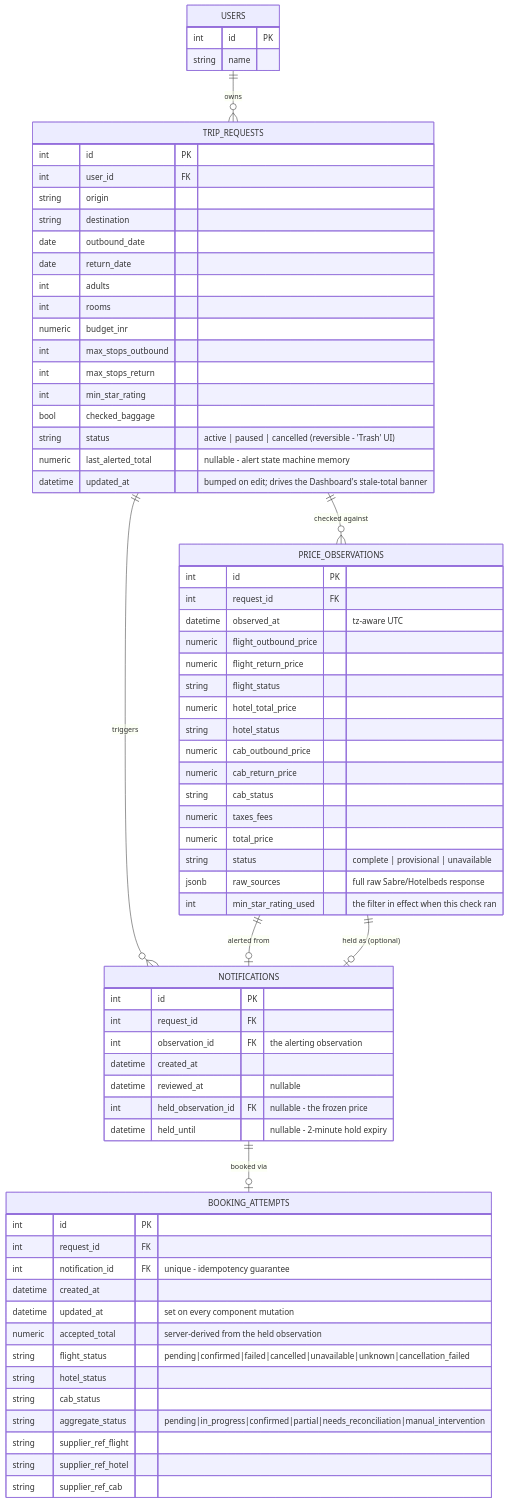
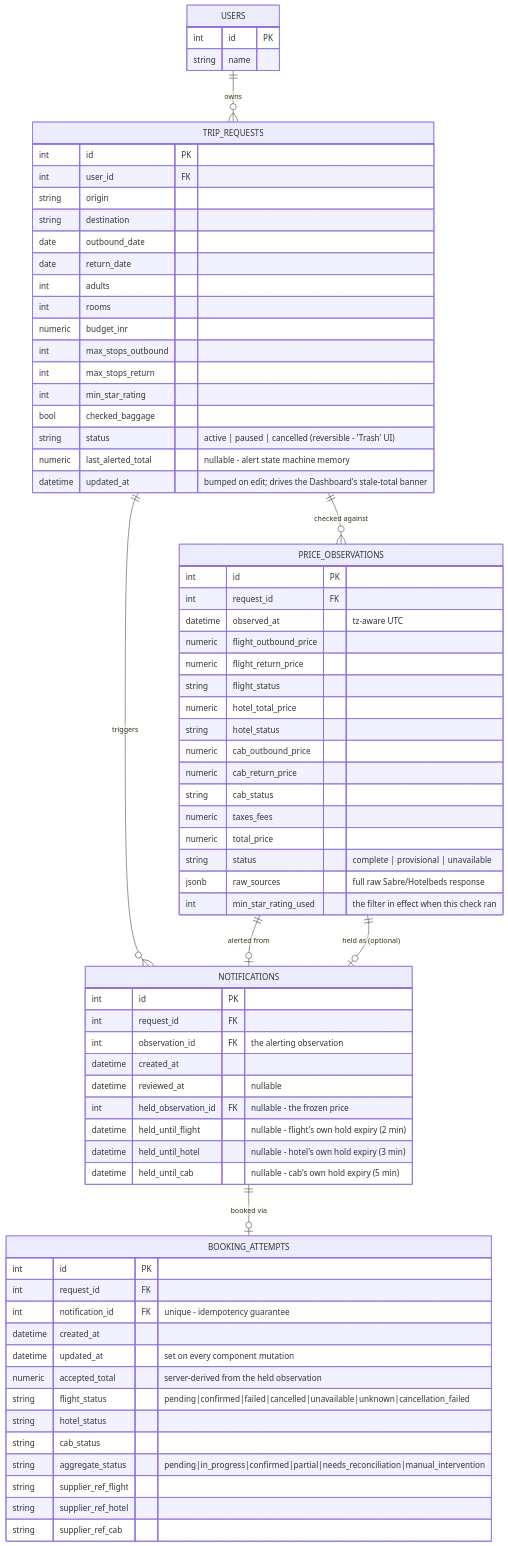
One commit to abhinavsingh-official/tavora-trip-watch changed the second of 3 diagrams in docs/HOW_IT_WORKS.md. Above: the diagram before and after it, drawn with Mermaid. The commit also changed other lines of this file and 5 other files, not shown here.

````diff
--- a/docs/HOW_IT_WORKS.md
+++ b/docs/HOW_IT_WORKS.md
@@ -40,74 +40,76 @@
 ```mermaid
 erDiagram
     USERS ||--o{ TRIP_REQUESTS : owns
     TRIP_REQUESTS ||--o{ PRICE_OBSERVATIONS : "checked against"
     TRIP_REQUESTS ||--o{ NOTIFICATIONS : triggers
     PRICE_OBSERVATIONS ||--o| NOTIFICATIONS : "alerted from"
     PRICE_OBSERVATIONS ||--o| NOTIFICATIONS : "held as (optional)"
     NOTIFICATIONS ||--o| BOOKING_ATTEMPTS : "booked via"
 
     USERS {
         int id PK
         string name
     }
     TRIP_REQUESTS {
         int id PK
         int user_id FK
         string origin
         string destination
         date outbound_date
         date return_date
         int adults
         int rooms
         numeric budget_inr
         int max_stops_outbound
         int max_stops_return
         int min_star_rating
         bool checked_baggage
         string status "active | paused | cancelled (reversible - 'Trash' UI)"
         numeric last_alerted_total "nullable - alert state machine memory"
         datetime updated_at "bumped on edit; drives the Dashboard's stale-total banner"
     }
     PRICE_OBSERVATIONS {
         int id PK
         int request_id FK
         datetime observed_at "tz-aware UTC"
         numeric flight_outbound_price
         numeric flight_return_price
         string flight_status
         numeric hotel_total_price
         string hotel_status
         numeric cab_outbound_price
         numeric cab_return_price
         string cab_status
         numeric taxes_fees
         numeric total_price
         string status "complete | provisional | unavailable"
         jsonb raw_sources "full raw Sabre/Hotelbeds response"
         int min_star_rating_used "the filter in effect when this check ran"
     }
     NOTIFICATIONS {
         int id PK
         int request_id FK
         int observation_id FK "the alerting observation"
         datetime created_at
         datetime reviewed_at "nullable"
         int held_observation_id FK "nullable - the frozen price"
-        datetime held_until "nullable - 2-minute hold expiry"
+        datetime held_until_flight "nullable - flight's own hold expiry (2 min)"
+        datetime held_until_hotel "nullable - hotel's own hold expiry (3 min)"
+        datetime held_until_cab "nullable - cab's own hold expiry (5 min)"
     }
     BOOKING_ATTEMPTS {
         int id PK
         int request_id FK
         int notification_id FK "unique - idempotency guarantee"
         datetime created_at
         datetime updated_at "set on every component mutation"
         numeric accepted_total "server-derived from the held observation"
         string flight_status "pending|confirmed|failed|cancelled|unavailable|unknown|cancellation_failed"
         string hotel_status
         string cab_status
         string aggregate_status "pending|in_progress|confirmed|partial|needs_reconciliation|manual_intervention"
         string supplier_ref_flight
         string supplier_ref_hotel
         string supplier_ref_cab
     }
 ```
````
